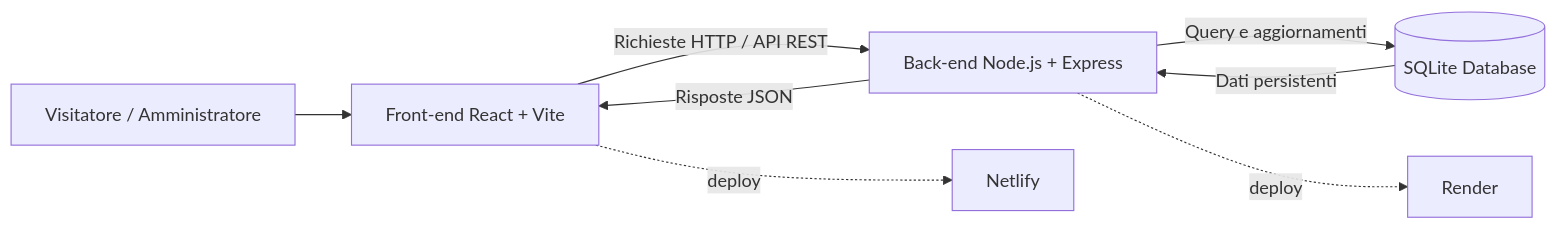
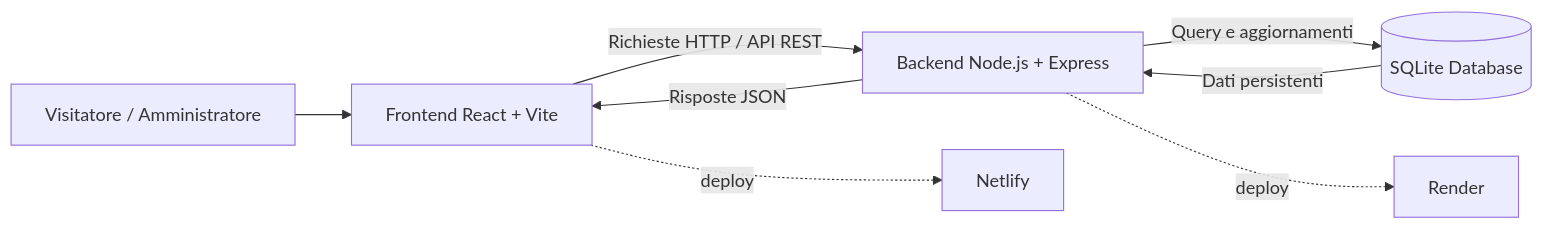
The diagram in docs/diagrams/architettura.md (RobertoCastelli/museo-hub), drawn with Mermaid before and after one commit. The commit also changed other lines of this file and 17 other files, not shown here.

````diff
--- a/docs/diagrams/architettura.md
+++ b/docs/diagrams/architettura.md
@@ -8,14 +8,14 @@
 ```mermaid
 flowchart LR
-    U[Visitatore / Amministratore] --> FE[Front-end React + Vite]
+    U[Visitatore / Amministratore] --> FE[Frontend React + Vite]
 
-    FE -->|Richieste HTTP / API REST| BE[Back-end Node.js + Express]
+    FE -->|Richieste HTTP / API REST| BE[Backend Node.js + Express]
 
     BE -->|Query e aggiornamenti| DB[(SQLite Database)]
 
     DB -->|Dati persistenti| BE
     BE -->|Risposte JSON| FE
 
     FE -. deploy .-> NET[Netlify]
     BE -. deploy .-> REN[Render]
 ```
````
